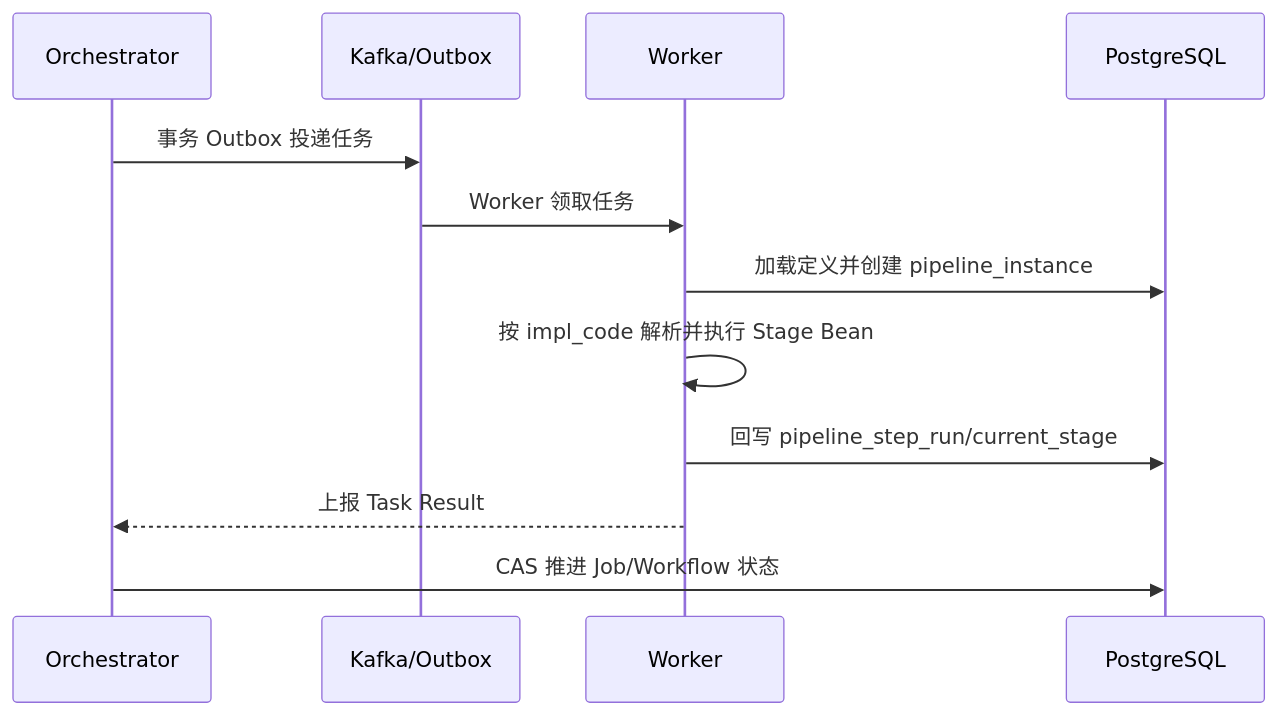
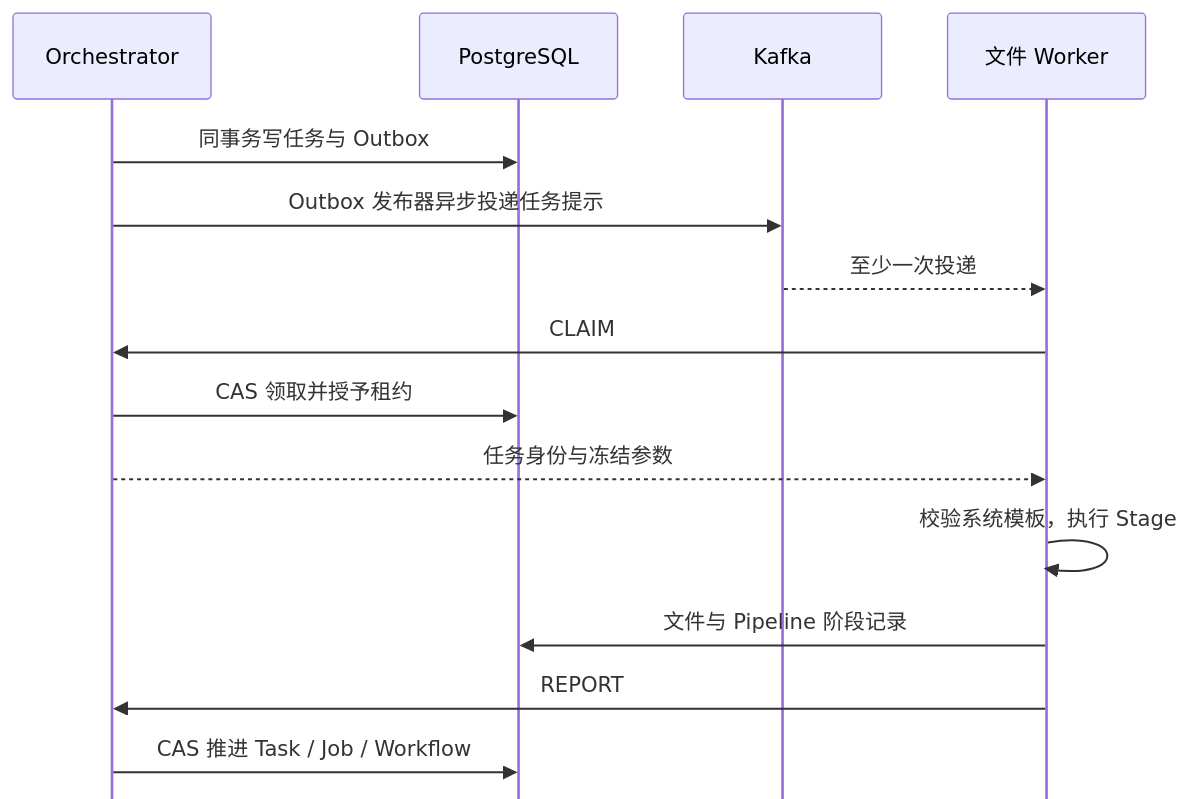
Before and after one commit to pinpols/file-batch-system: the sixth of 8 diagrams in docs/design/file-pipeline-design.md, drawn with Mermaid. The commit also changed other lines of this file and 5032 other files, not shown here.

````diff
--- a/docs/design/file-pipeline-design.md
+++ b/docs/design/file-pipeline-design.md
@@ -875,15 +895,18 @@
 ```mermaid
+%%{init: {"flowchart":{"curve":"linear","nodeSpacing":32,"rankSpacing":48},"sequence":{"mirrorActors":false}}}%%
 sequenceDiagram
-    participant O as Orchestrator
-    participant K as Kafka/Outbox
-    participant W as Worker
-    participant DB as PostgreSQL
-
-    O->>K: 事务 Outbox 投递任务
-    K->>W: Worker 领取任务
-    W->>DB: 加载定义并创建 pipeline_instance
-    W->>W: 按 impl_code 解析并执行 Stage Bean
-    W->>DB: 回写 pipeline_step_run/current_stage
-    W-->>O: 上报 Task Result
-    O->>DB: CAS 推进 Job/Workflow 状态
+  participant O as Orchestrator
+  participant DB as PostgreSQL
+  participant K as Kafka
+  participant W as 文件 Worker
+  O->>DB: 同事务写任务与 Outbox
+  O->>K: Outbox 发布器异步投递任务提示
+  K-->>W: 至少一次投递
+  W->>O: CLAIM
+  O->>DB: CAS 领取并授予租约
+  O-->>W: 任务身份与冻结参数
+  W->>W: 校验系统模板，执行 Stage
+  W->>DB: 文件与 Pipeline 阶段记录
+  W->>O: REPORT
+  O->>DB: CAS 推进 Task / Job / Workflow
 ```
````
